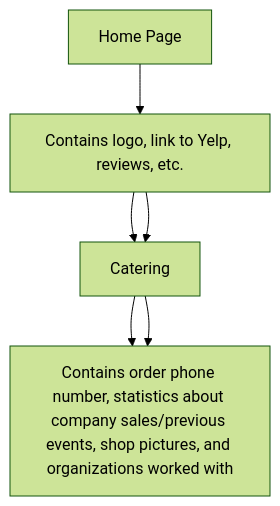
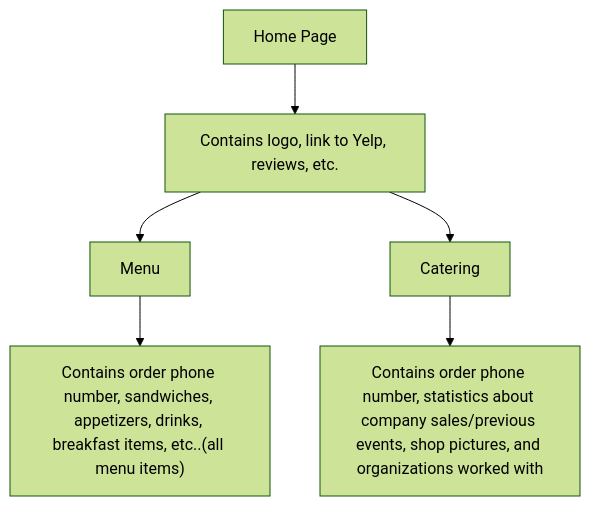
The second of 2 diagrams in README.md (acm-industry/sams-to-go), drawn with Mermaid (forest theme) before and after one commit.

````diff
--- a/README.md
+++ b/README.md
@@ -30,6 +30,6 @@
 ```mermaid
 graph TD;
     A["Home Page"]-->B["Contains logo, link to Yelp, reviews, etc."];
     B["Contains logo, link to Yelp, reviews, etc."]-->C["Menu"]-->D["Contains order phone number, sandwiches, appetizers, drinks, breakfast items, etc..(all menu items)"];
-    B["Contains logo, link to Yelp, reviews, etc."]-->C["Catering"]-->D["Contains order phone number, statistics about company sales/previous events, shop pictures, and organizations worked with"];
+    B["Contains logo, link to Yelp, reviews, etc."]-->E["Catering"]-->F["Contains order phone number, statistics about company sales/previous events, shop pictures, and organizations worked with"];
 ```
````
